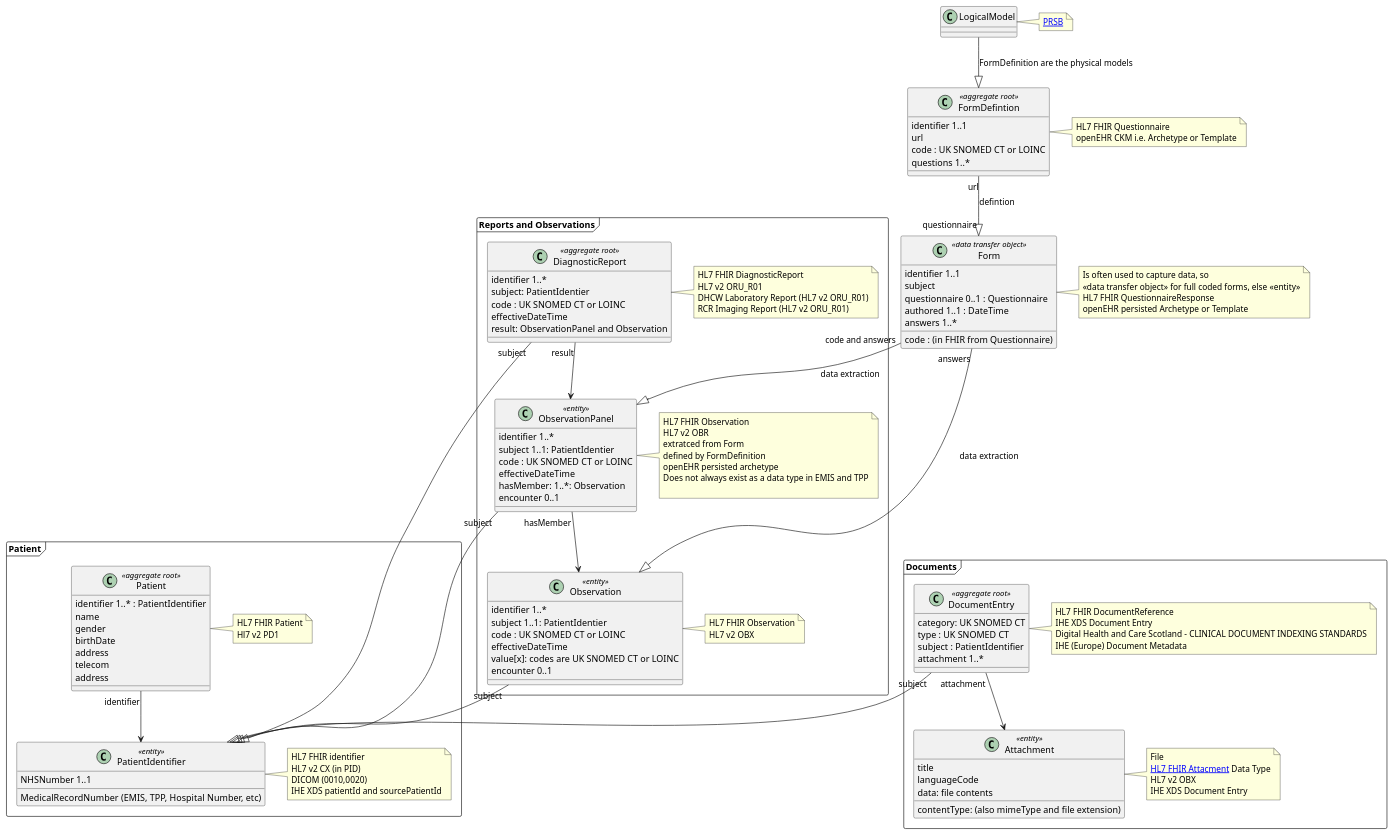
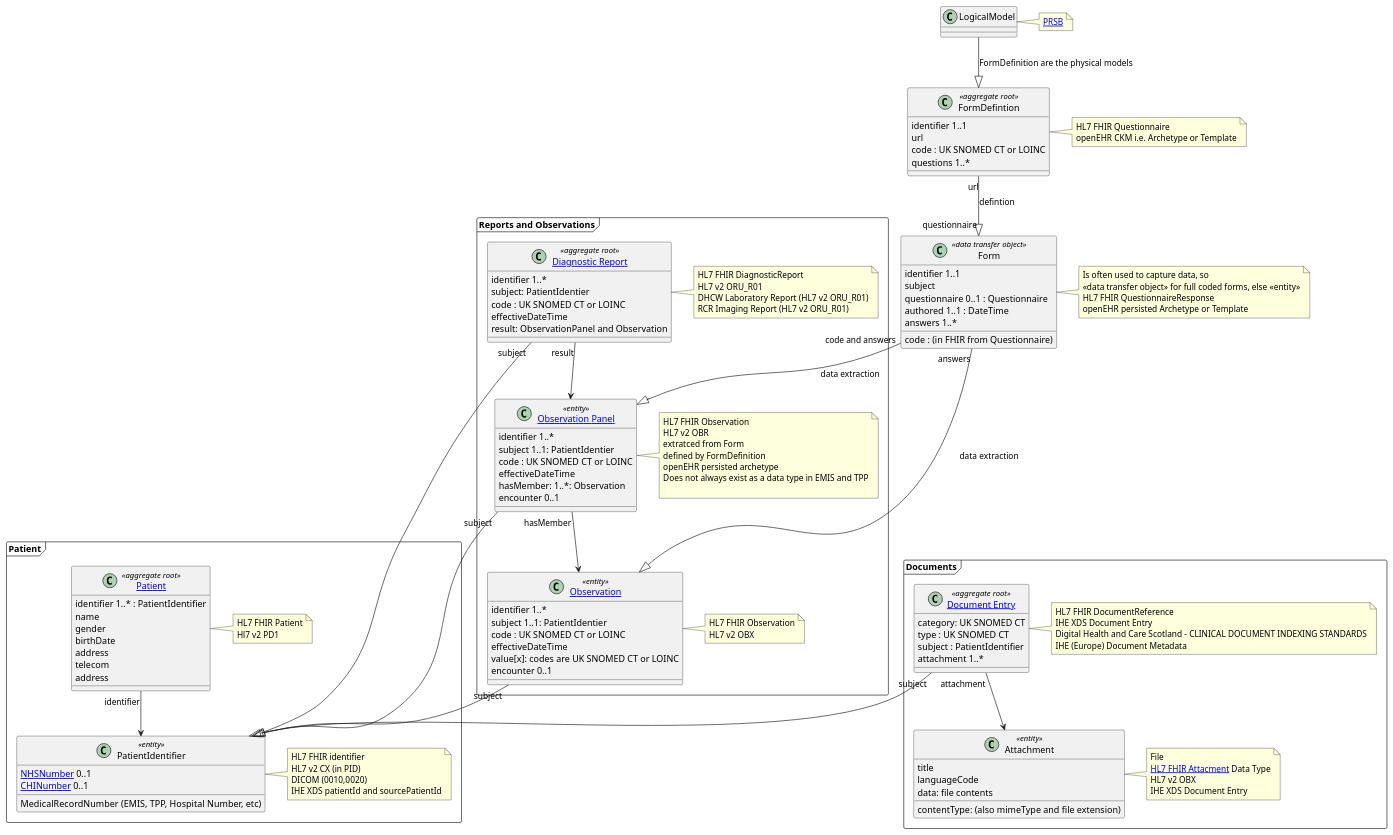
Before and after one commit to KevinMayfield/VirtuallyHealthcare: the diagram in input/images-source/entity-model.plantuml, drawn with PlantUML.

Commit message:
Improved model

```diff
--- a/input/images-source/entity-model.plantuml
+++ b/input/images-source/entity-model.plantuml
@@ -1,158 +1,159 @@
 @startuml
 
 frame PD1 as "Patient" {
-class Patient <<aggregate root>> {
+class "[[StructureDefinition-Patient.html Patient]]" as Patient <<aggregate root>> {
 identifier 1..* : PatientIdentifier
 name
 gender
 birthDate
 address
 telecom
 address
 }
 note right
 HL7 FHIR Patient
 Hl7 v2 PD1
 end note
 
 class PatientIdentifier <<entity>> {
-NHSNumber 1..1
+[[StructureDefinition-nhs-number.html NHSNumber]] 0..1
+[[StructureDefinition-chi-number.html CHINumber]] 0..1
 MedicalRecordNumber (EMIS, TPP, Hospital Number, etc)
 }
 note right
 HL7 FHIR identifier
 HL7 v2 CX (in PID)
 DICOM (0010,0020)
 IHE XDS patientId and sourcePatientId
 end note
 }
 
 frame Report as "Reports and Observations" {
-class Observation <<entity>> {
+class "[[StructureDefinition-Observation.html Observation]]" as Observation <<entity>> {
 identifier 1..*
 subject 1..1: PatientIdentier
 code : UK SNOMED CT or LOINC
 effectiveDateTime
 value[x]: codes are UK SNOMED CT or LOINC
 encounter 0..1
 }
 note right
 HL7 FHIR Observation
 HL7 v2 OBX
 end note
 
 
-class ObservationPanel <<entity>> {
+class "[[observation-definitions.html Observation Panel]]" as ObservationPanel <<entity>> {
 identifier 1..*
 subject 1..1: PatientIdentier
 code : UK SNOMED CT or LOINC
 effectiveDateTime
 hasMember: 1..*: Observation
 encounter 0..1
 }
 note right
 HL7 FHIR Observation
 HL7 v2 OBR
 extratced from Form
 defined by FormDefinition
 openEHR persisted archetype
 Does not always exist as a data type in EMIS and TPP
 
 end note
 
-class DiagnosticReport <<aggregate root>> {
+class "[[StructureDefinition-DiagnosticReport.html Diagnostic Report]]" as DiagnosticReport <<aggregate root>> {
 identifier 1..*
 subject: PatientIdentier
 code : UK SNOMED CT or LOINC
 effectiveDateTime
 result: ObservationPanel and Observation
 }
 note right
 HL7 FHIR DiagnosticReport
 HL7 v2 ORU_R01
 DHCW Laboratory Report (HL7 v2 ORU_R01)
 RCR Imaging Report (HL7 v2 ORU_R01)
 end note
 }
 
 class Form <<data transfer object>> {
 identifier 1..1
 subject
 questionnaire 0..1 : Questionnaire
 code : (in FHIR from Questionnaire)
 authored 1..1 : DateTime
 answers 1..*
 }
 note right
 Is often used to capture data, so
 <<data transfer object>> for full coded forms, else <<entity>>
 HL7 FHIR QuestionnaireResponse
 openEHR persisted Archetype or Template
 end note
 
 
 class FormDefintion <<aggregate root>> {
 identifier 1..1
 url
 code : UK SNOMED CT or LOINC
 questions 1..*
 }
 note right
 HL7 FHIR Questionnaire
 openEHR CKM i.e. Archetype or Template
 end note
 
 
 class LogicalModel {
 
 }
 note right
 [[https://theprsb.org/standards/ PRSB]]
 end note
 
 frame Documents {
 
 class Attachment <<entity>> {
 contentType: (also mimeType and file extension)
 title
 languageCode
 data: file contents
 }
 note right
 File
 [[https://hl7.org/fhir/R4/datatypes.html#Attachment HL7 FHIR Attacment]] Data Type
 HL7 v2 OBX
 IHE XDS Document Entry
 end note
 
-class DocumentEntry <<aggregate root>> {
+class "[[StructureDefinition-DocumentReference.html Document Entry]]" as DocumentEntry <<aggregate root>> {
 category: UK SNOMED CT
 type : UK SNOMED CT
 subject : PatientIdentifier
 attachment 1..*
 }
 note right
 HL7 FHIR DocumentReference
 IHE XDS Document Entry
 Digital Health and Care Scotland - CLINICAL DOCUMENT INDEXING STANDARDS
 IHE (Europe) Document Metadata
 end note
 
 }
 
 
 
 
 Patient "identifier" --> PatientIdentifier
 DiagnosticReport "result" --> ObservationPanel
 ObservationPanel "hasMember" --> Observation
 Observation "subject" --|> PatientIdentifier
 ObservationPanel "subject" --|> PatientIdentifier
 DiagnosticReport "subject" --|> PatientIdentifier
 DocumentEntry "subject" --|> PatientIdentifier
 DocumentEntry "attachment" --> Attachment
 Form "answers" --|> Observation : data extraction
 Form "code and answers" --|> ObservationPanel: data extraction
 FormDefintion "url" --|> "questionnaire" Form : defintion
 LogicalModel --|> FormDefintion: FormDefinition are the physical models
 @enduml
```
